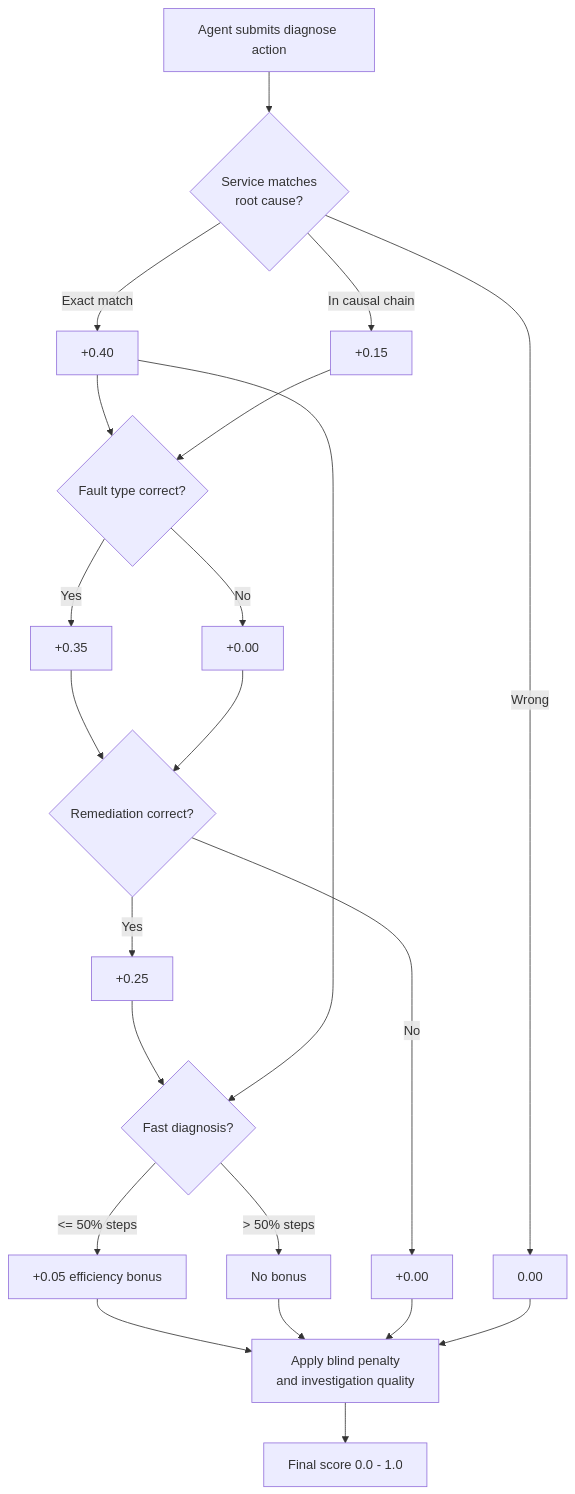
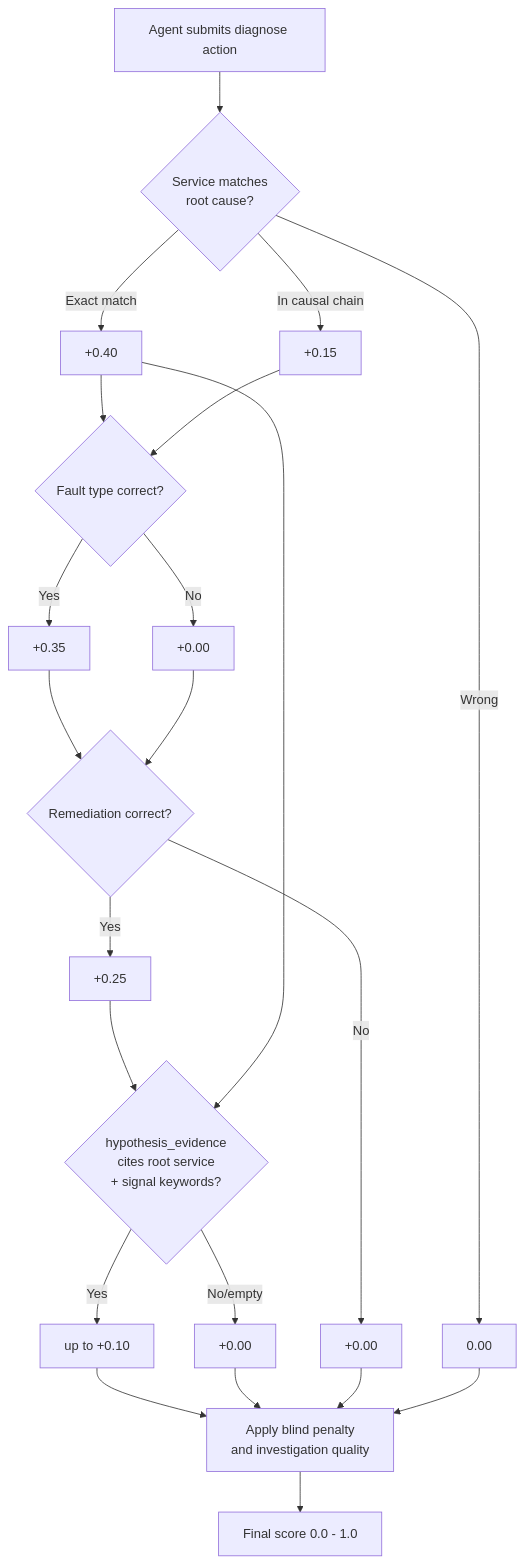
One commit to wildcraft958/incident_triage_env changed the sixth of 7 diagrams in docs/ARCHITECTURE.md. Above: the diagram before and after it, drawn with Mermaid. The commit also changed other lines of this file, not shown here.

Commit message:
Update ARCHITECTURE.md for procedural generation and temporal simulation

````diff
--- a/docs/ARCHITECTURE.md
+++ b/docs/ARCHITECTURE.md
@@ -120,28 +157,28 @@
 ```mermaid
 flowchart TD
     A["Agent submits diagnose action"] --> B{"Service matches\nroot cause?"}
     B -->|"Exact match"| C["+0.40"]
     B -->|"In causal chain"| D["+0.15"]
     B -->|"Wrong"| E["0.00"]
 
     C --> F{"Fault type correct?"}
     D --> F
     F -->|"Yes"| G["+0.35"]
     F -->|"No"| H["+0.00"]
 
     G --> I{"Remediation correct?"}
     H --> I
     I -->|"Yes"| J["+0.25"]
     I -->|"No"| K["+0.00"]
 
-    J --> L{"Fast diagnosis?"}
-    C --> L
-    L -->|"<= 50% steps"| M["+0.05 efficiency bonus"]
-    L -->|"> 50% steps"| N["No bonus"]
+    J --> EV{"hypothesis_evidence\ncites root service\n+ signal keywords?"}
+    C --> EV
+    EV -->|"Yes"| EVB["up to +0.10"]
+    EV -->|"No/empty"| EVN["+0.00"]
 
-    M --> P["Apply blind penalty\nand investigation quality"]
-    N --> P
+    EVB --> P["Apply blind penalty\nand investigation quality"]
+    EVN --> P
     K --> P
     E --> P
     P --> O["Final score 0.0 - 1.0"]
 ```
````
